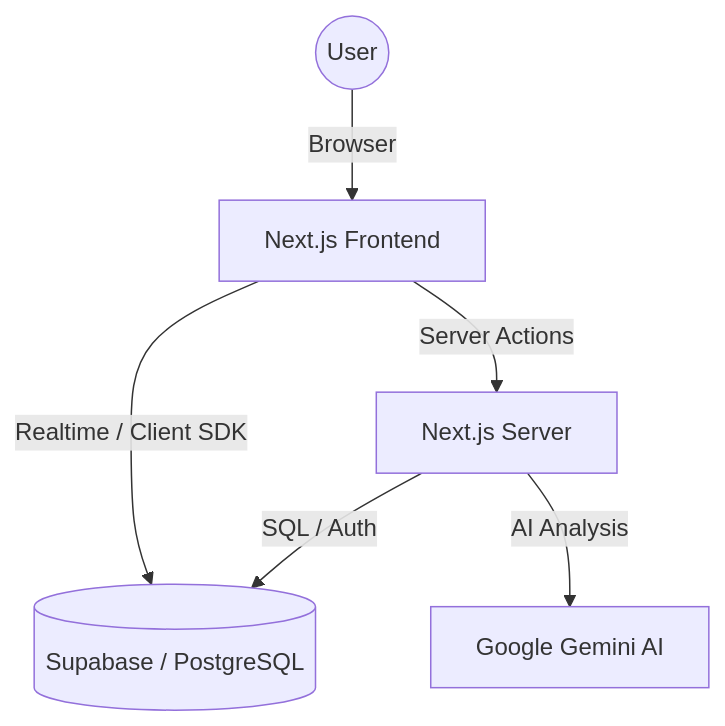
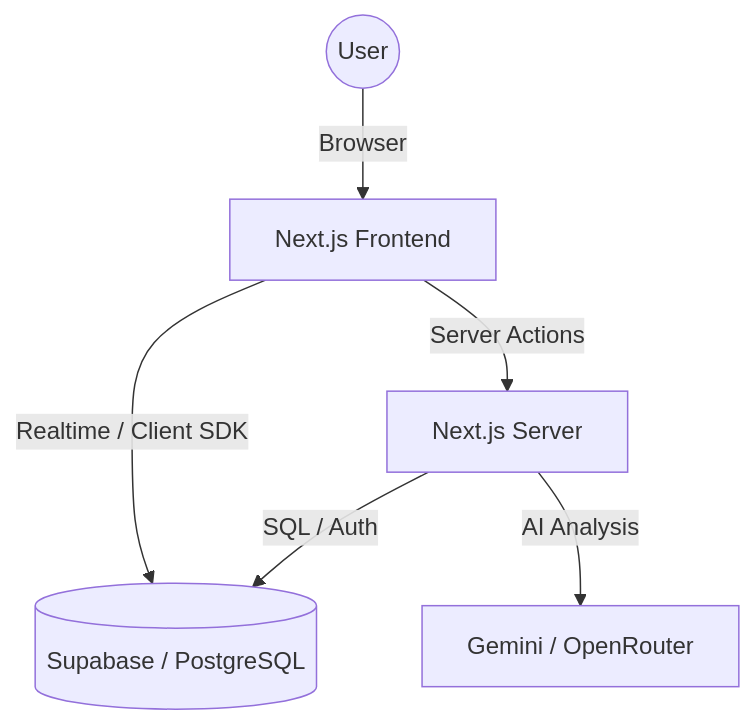
Before and after one commit to fajarabr76/Trainerssuperappnext: the diagram in docs/architecture.md, drawn with Mermaid. The commit also changed other lines of this file and 7 other files, not shown here.

````diff
--- a/docs/architecture.md
+++ b/docs/architecture.md
@@ -20,8 +20,8 @@
 ```mermaid
 graph TD
     User((User)) -->|Browser| Frontend[Next.js Frontend]
     Frontend -->|Server Actions| NextServer[Next.js Server]
     NextServer -->|SQL / Auth| Supabase[(Supabase / PostgreSQL)]
     Frontend -->|Realtime / Client SDK| Supabase
-    NextServer -->|AI Analysis| Gemini[Google Gemini AI]
+    NextServer -->|AI Analysis| AIProviders[Gemini / OpenRouter]
 ```
````
